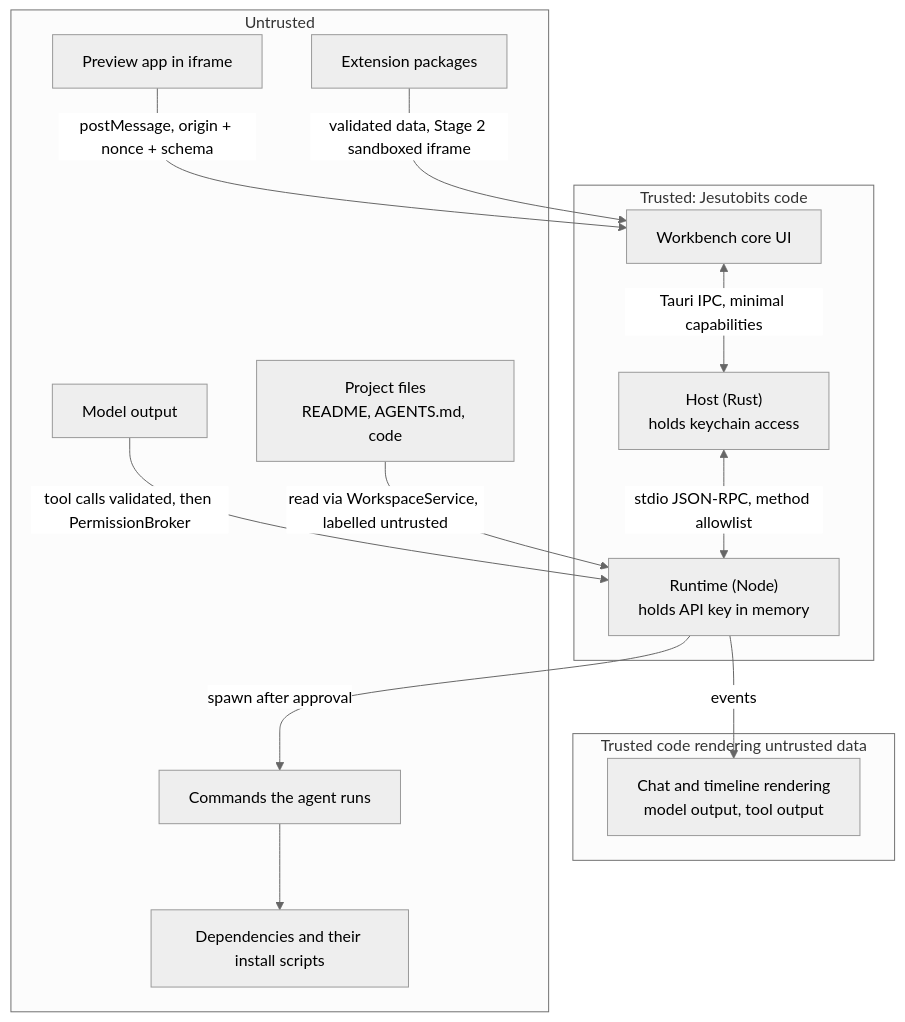
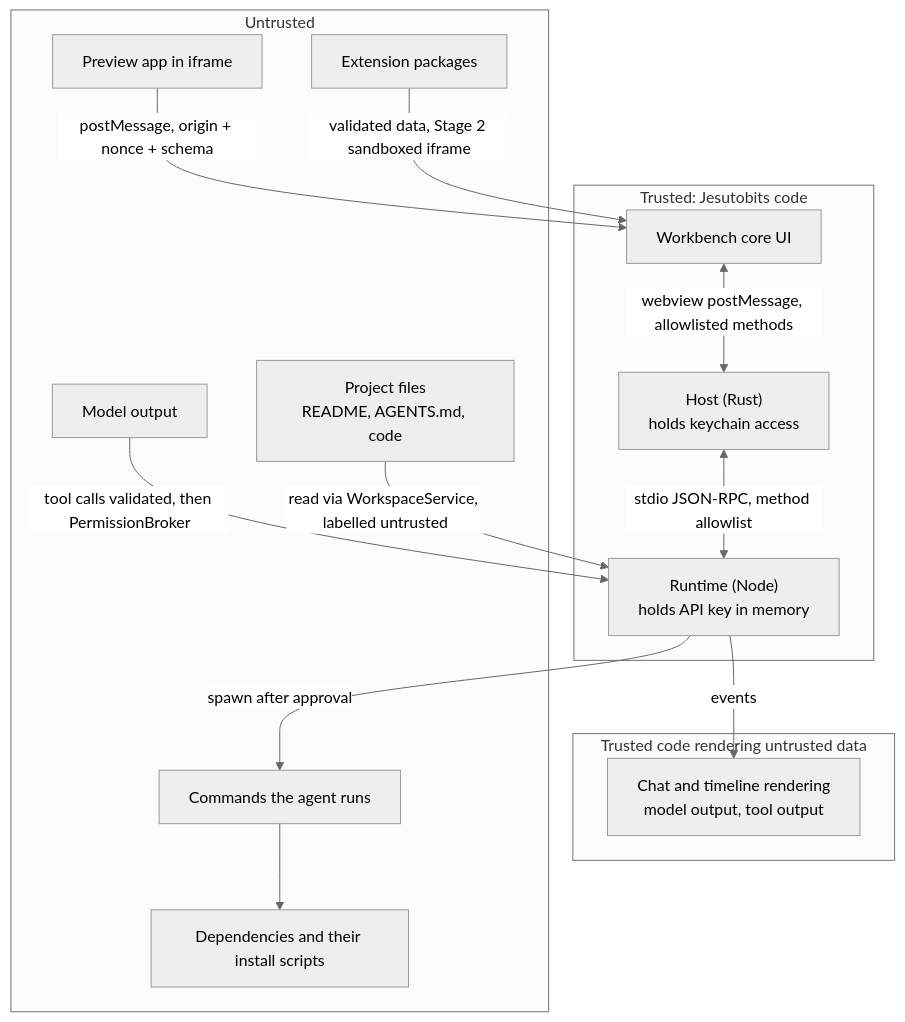
One commit to divinefavourak/jesutobits changed the diagram in docs/SECURITY.md. Above: the diagram before and after it, drawn with Mermaid (neutral theme). The commit also changed other lines of this file and 12 other files, not shown here.

````diff
--- a/docs/SECURITY.md
+++ b/docs/SECURITY.md
@@ -19,29 +19,29 @@
 ```mermaid
 flowchart TB
     subgraph trusted["Trusted: Jesutobits code"]
         host["Host (Rust)<br/>holds keychain access"]
         rt["Runtime (Node)<br/>holds API key in memory"]
         wbcore["Workbench core UI"]
     end
     subgraph semi["Trusted code rendering untrusted data"]
         chat["Chat and timeline rendering<br/>model output, tool output"]
     end
     subgraph untrusted["Untrusted"]
         model["Model output"]
         proj["Project files<br/>README, AGENTS.md, code"]
         prev["Preview app in iframe"]
         ext["Extension packages"]
         deps["Dependencies and their install scripts"]
         cmds["Commands the agent runs"]
     end
 
     model -->|tool calls validated, then PermissionBroker| rt
     proj -->|read via WorkspaceService, labelled untrusted| rt
     prev -->|postMessage, origin + nonce + schema| wbcore
     ext -->|validated data, Stage 2 sandboxed iframe| wbcore
     rt -->|events| chat
     rt -->|spawn after approval| cmds
     cmds --> deps
     host <-->|stdio JSON-RPC, method allowlist| rt
-    wbcore <-->|Tauri IPC, minimal capabilities| host
+    wbcore <-->|webview postMessage, allowlisted methods| host
 ```
````
